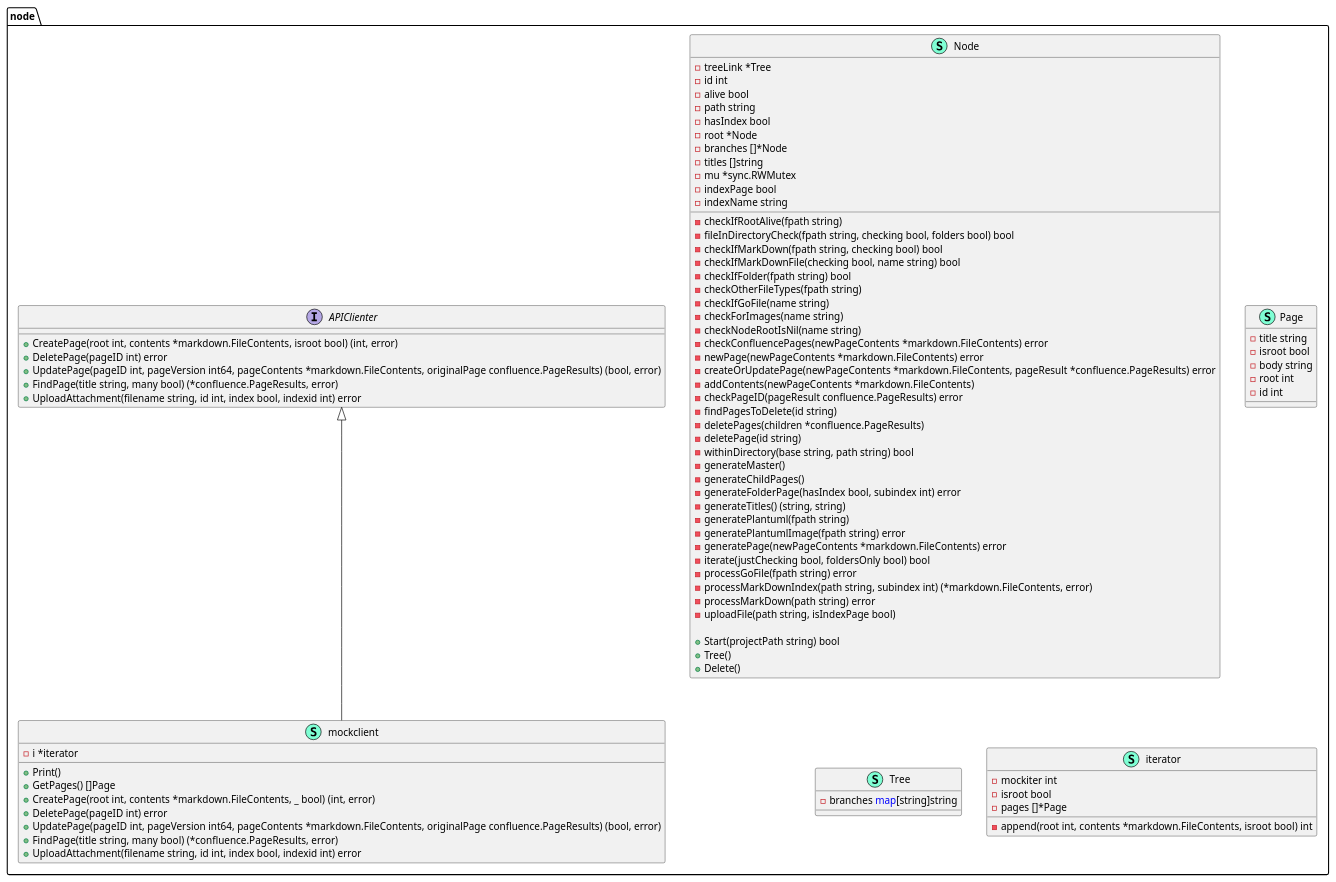
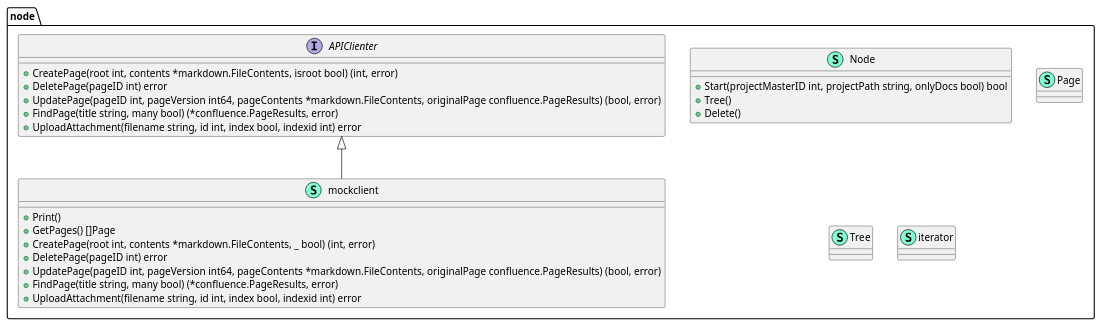
One commit to xiatechs/markdown-to-confluence changed the diagram in node/node-pumldiagram.puml. Above: the diagram before and after it, drawn with PlantUML. The commit also changed 23 other files, not shown here.

```diff
--- a/node/node-pumldiagram.puml
+++ b/node/node-pumldiagram.puml
@@ -1,96 +1,37 @@
 @startuml
 namespace node {
     interface APIClienter  {
         + CreatePage(root int, contents *markdown.FileContents, isroot bool) (int, error)
         + DeletePage(pageID int) error
         + UpdatePage(pageID int, pageVersion int64, pageContents *markdown.FileContents, originalPage confluence.PageResults) (bool, error)
         + FindPage(title string, many bool) (*confluence.PageResults, error)
         + UploadAttachment(filename string, id int, index bool, indexid int) error
 
     }
     class Node << (S,Aquamarine) >> {
-        - treeLink *Tree
-        - id int
-        - alive bool
-        - path string
-        - hasIndex bool
-        - root *Node
-        - branches []*Node
-        - titles []string
-        - mu *sync.RWMutex
-        - indexPage bool
-        - indexName string
-
-        - checkIfRootAlive(fpath string) 
-        - fileInDirectoryCheck(fpath string, checking bool, folders bool) bool
-        - checkIfMarkDown(fpath string, checking bool) bool
-        - checkIfMarkDownFile(checking bool, name string) bool
-        - checkIfFolder(fpath string) bool
-        - checkOtherFileTypes(fpath string) 
-        - checkIfGoFile(name string) 
-        - checkForImages(name string) 
-        - checkNodeRootIsNil(name string) 
-        - checkConfluencePages(newPageContents *markdown.FileContents) error
-        - newPage(newPageContents *markdown.FileContents) error
-        - createOrUpdatePage(newPageContents *markdown.FileContents, pageResult *confluence.PageResults) error
-        - addContents(newPageContents *markdown.FileContents) 
-        - checkPageID(pageResult confluence.PageResults) error
-        - findPagesToDelete(id string) 
-        - deletePages(children *confluence.PageResults) 
-        - deletePage(id string) 
-        - withinDirectory(base string, path string) bool
-        - generateMaster() 
-        - generateChildPages() 
-        - generateFolderPage(hasIndex bool, subindex int) error
-        - generateTitles() (string, string)
-        - generatePlantuml(fpath string) 
-        - generatePlantumlImage(fpath string) error
-        - generatePage(newPageContents *markdown.FileContents) error
-        - iterate(justChecking bool, foldersOnly bool) bool
-        - processGoFile(fpath string) error
-        - processMarkDownIndex(path string, subindex int) (*markdown.FileContents, error)
-        - processMarkDown(path string) error
-        - uploadFile(path string, isIndexPage bool) 
-
-        + Start(projectPath string) bool
+        + Start(projectMasterID int, projectPath string, onlyDocs bool) bool
         + Tree() 
         + Delete() 
 
     }
     class Page << (S,Aquamarine) >> {
-        - title string
-        - isroot bool
-        - body string
-        - root int
-        - id int
-
     }
     class Tree << (S,Aquamarine) >> {
-        - branches <font color=blue>map</font>[string]string
-
     }
     class iterator << (S,Aquamarine) >> {
-        - mockiter int
-        - isroot bool
-        - pages []*Page
-
-        - append(root int, contents *markdown.FileContents, isroot bool) int
-
     }
     class mockclient << (S,Aquamarine) >> {
-        - i *iterator
-
         + Print() 
         + GetPages() []Page
         + CreatePage(root int, contents *markdown.FileContents, _ bool) (int, error)
         + DeletePage(pageID int) error
         + UpdatePage(pageID int, pageVersion int64, pageContents *markdown.FileContents, originalPage confluence.PageResults) (bool, error)
         + FindPage(title string, many bool) (*confluence.PageResults, error)
         + UploadAttachment(filename string, id int, index bool, indexid int) error
 
     }
 }
 
 "node.APIClienter" <|-- "node.mockclient"
 
 @enduml
```
